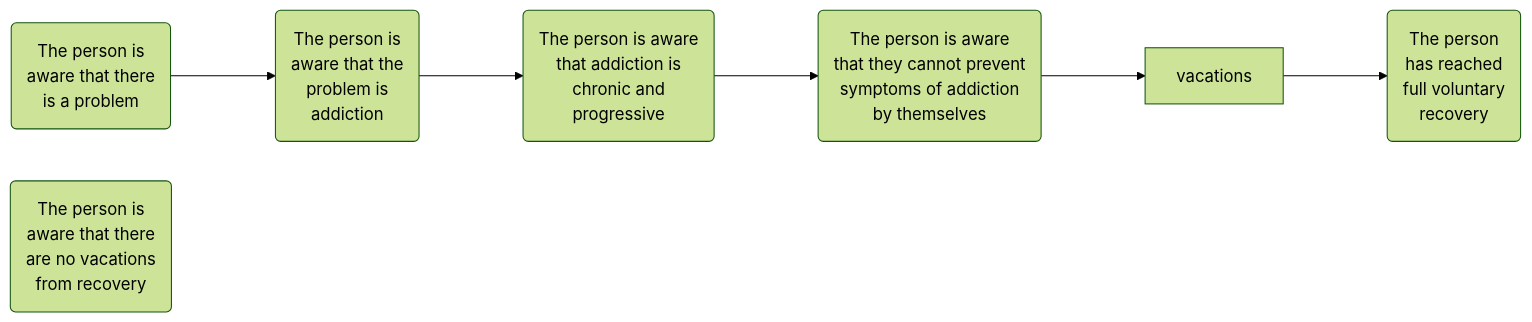
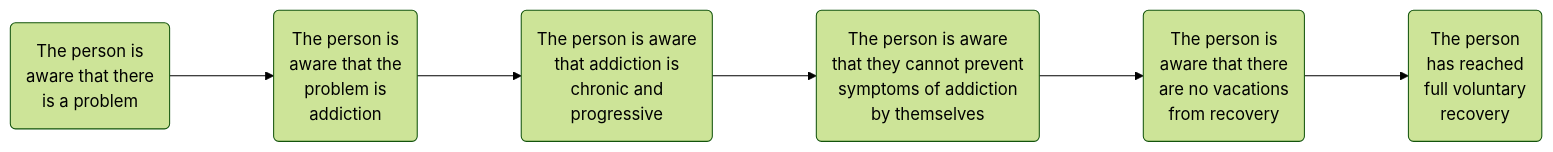
The diagram in Recovery_Cognitions.md (hwetsman/TOC_Trees), drawn with Mermaid (forest theme) before and after one commit.

Commit message:
refactor: fix vacations

`````diff
--- a/Recovery_Cognitions.md
+++ b/Recovery_Cognitions.md
@@ -3,18 +3,18 @@
 ````mermaid
 flowchart LR
 
 aware(The person is <br>aware that there <br>is a problem)
 addiction(The person is <br>aware that the <br>problem is <br>addiction)
     aware--->addiction
     chronic(The person is aware <br>that addiction is <br>chronic and <br>progressive)
         addiction--->chronic
         alone(The person is aware <br>that they cannot prevent <br>symptoms of addiction <br>by themselves)
             chronic--->alone
-            vactions(The person is <br>aware that there <br>are no vacations <br>from recovery)
+            vacations(The person is <br>aware that there <br>are no vacations <br>from recovery)
                 alone--->vacations
                 goal(The person <br>has reached <br>full voluntary <br>recovery)
                     vacations--->goal
 
 
 
 ````
`````
